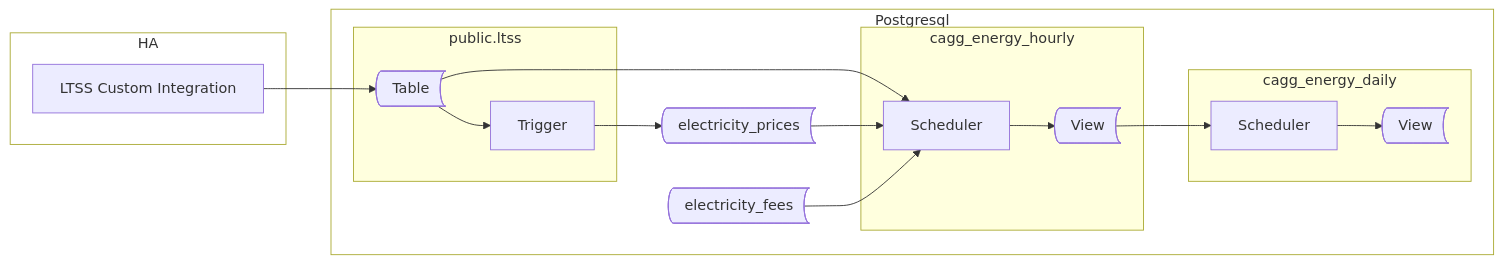
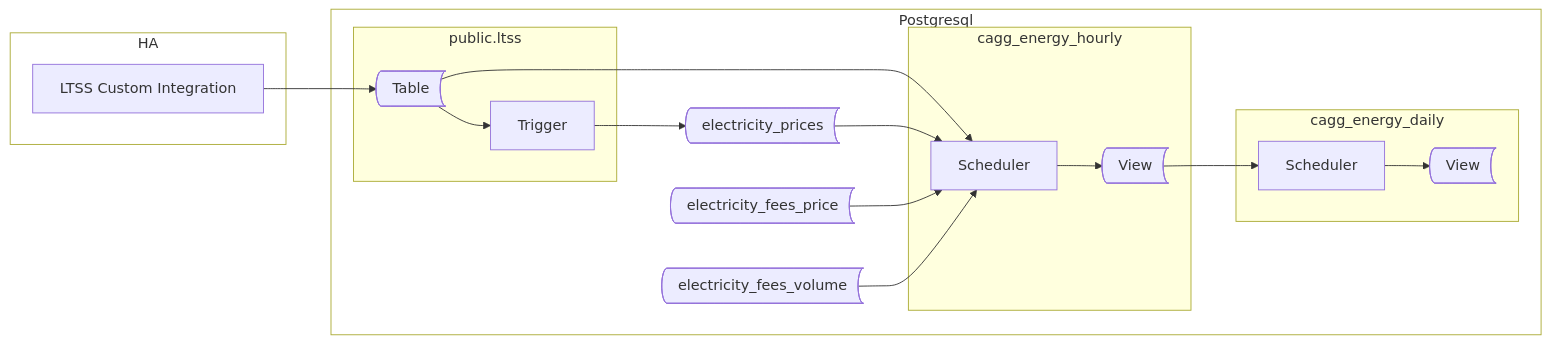
The diagram in ha-energy-spot.md (michalk-k/Home-Assistant-TimscaleDB), drawn with Mermaid before and after one commit. The commit also changed other lines of this file, not shown here.

````diff
--- a/ha-energy-spot.md
+++ b/ha-energy-spot.md
@@ -13,42 +13,44 @@
 ```mermaid
 flowchart LR
 
     subgraph Postgresql
         style Postgresql fill:transparent
         style HA fill:transparent
 
         t_prices@{ shape: bow-rect, label: "electricity_prices" }
-        t_fees@{ shape: bow-rect, label: "electricity_fees" }
+        t_feesp@{ shape: bow-rect, label: "electricity_fees_price" }
+        t_feesv@{ shape: bow-rect, label: "electricity_fees_volume" }
 
         subgraph public.ltss
             t_ltss@{ shape: bow-rect, label: "Table" }
             tr_ltss@{ shape: rect, label: "Trigger" }
         end
 
         subgraph cagg_energy_hourly
             v_hourly@{ shape: bow-rect, label: "View" }
             p_hourly@{ shape: rect, label: "Scheduler" }
         end
 
         subgraph cagg_energy_daily
             v_daily@{ shape: bow-rect, label: "View" }
             p_daily@{ shape: rect, label: "Scheduler" }
         end
 
     end
 
     subgraph HA
         
         p_ltss@{ shape: rect, label: "LTSS Custom Integration" }
     end
 
     v_hourly-->p_daily
     t_ltss-->p_hourly
     t_prices-->p_hourly
-    t_fees-->p_hourly
+    t_feesp-->p_hourly
+    t_feesv-->p_hourly
     tr_ltss-->t_prices
     p_ltss-->t_ltss
     p_hourly-->v_hourly
     p_daily-->v_daily
     t_ltss-->tr_ltss
 ```
````
